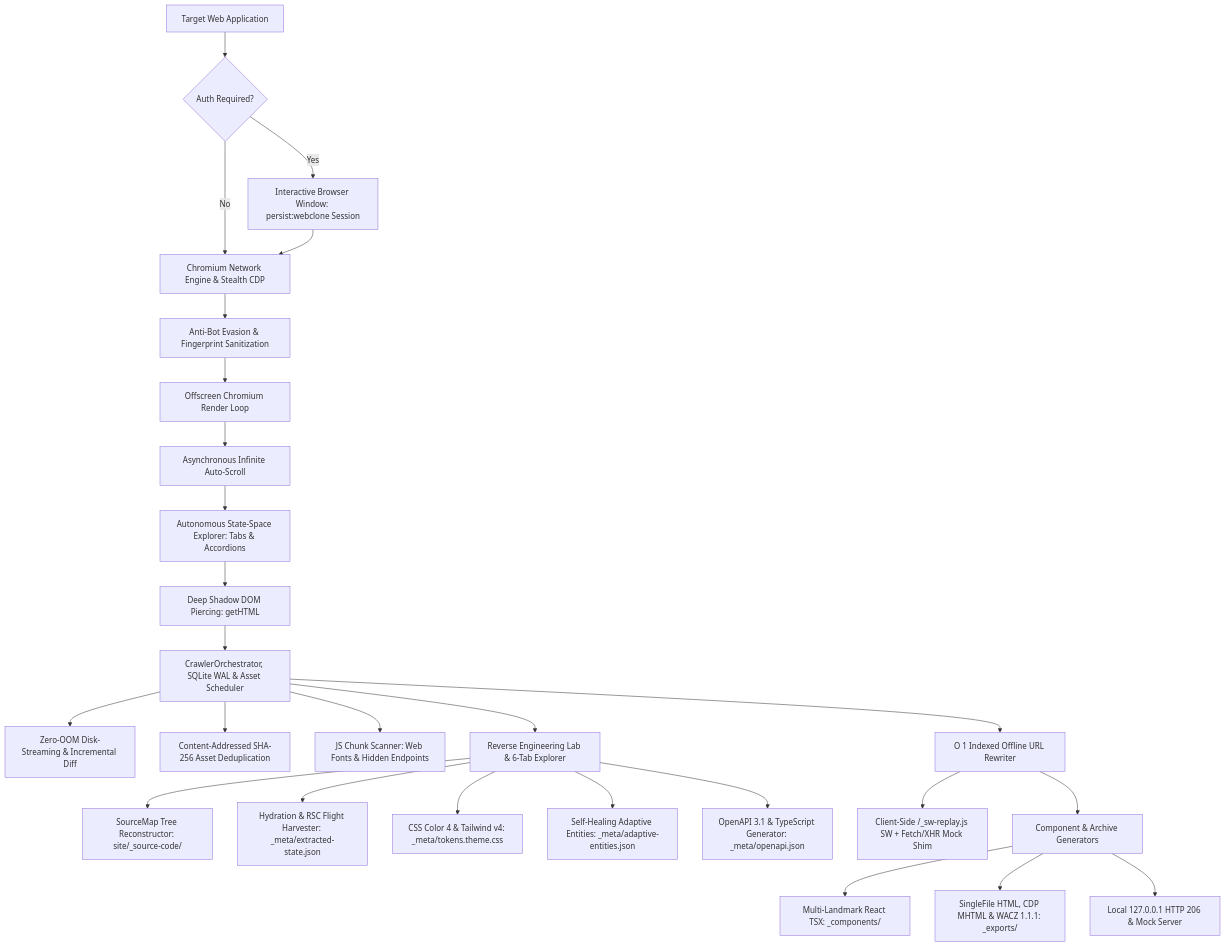
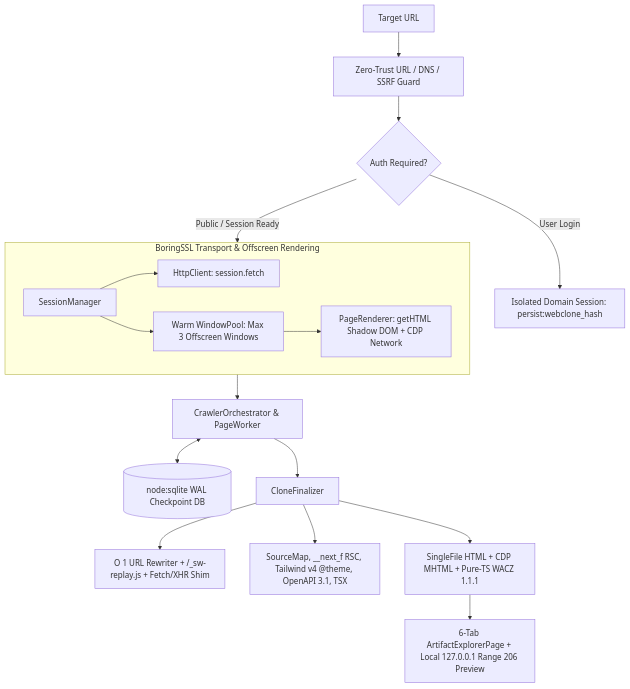
Before and after one commit to MonarchDevLab/WebClone-Studio: the first of 2 diagrams in README.md, drawn with Mermaid. The commit also changed other lines of this file and 13 other files, not shown here.

````diff
--- a/README.md
+++ b/README.md
@@ -83,34 +65,23 @@
 ```mermaid
 flowchart TD
-    Target[Target Web Application] --> AuthCheck{Auth Required?}
-    AuthCheck -- Yes --> AuthSession[Interactive Browser Window: persist:webclone Session]
-    AuthCheck -- No --> Network[Chromium Network Engine & Stealth CDP]
-    AuthSession --> Network
+    Target[Target URL] --> UrlGuard[Zero-Trust URL / DNS / SSRF Guard]
+    UrlGuard --> AuthCheck{Auth Required?}
+    AuthCheck -- User Login --> AuthWin[Isolated Domain Session: persist:webclone_hash]
+    AuthCheck -- Public / Session Ready --> Transport
 
-    Network --> Evasion[Anti-Bot Evasion & Fingerprint Sanitization]
-    Evasion --> Render[Offscreen Chromium Render Loop]
-    Render --> Scroll[Asynchronous Infinite Auto-Scroll]
-    Scroll --> StateExplorer[Autonomous State-Space Explorer: Tabs & Accordions]
-    StateExplorer --> ShadowDOM[Deep Shadow DOM Piercing: getHTML]
-    
-    ShadowDOM --> CoreEngine[CrawlerOrchestrator, SQLite WAL & Asset Scheduler]
-    
-    CoreEngine --> DiskStream[Zero-OOM Disk-Streaming & Incremental Diff]
-    CoreEngine --> Dedup[Content-Addressed SHA-256 Asset Deduplication]
-    CoreEngine --> ObfuscationBypass[JS Chunk Scanner: Web Fonts & Hidden Endpoints]
-    
-    CoreEngine --> ReverseLab[Reverse Engineering Lab & 6-Tab Explorer]
-    ReverseLab --> SourceMap[SourceMap Tree Reconstructor: site/_source-code/]
-    ReverseLab --> Hydration[Hydration & RSC Flight Harvester: _meta/extracted-state.json]
-    ReverseLab --> Tokens[CSS Color 4 & Tailwind v4: _meta/tokens.theme.css]
-    ReverseLab --> AdaptiveEntities[Self-Healing Adaptive Entities: _meta/adaptive-entities.json]
-    ReverseLab --> ApiSpec[OpenAPI 3.1 & TypeScript Generator: _meta/openapi.json]
-    
-    CoreEngine --> Rewriter[O 1 Indexed Offline URL Rewriter]
-    Rewriter --> FetchShim[Client-Side /_sw-replay.js SW + Fetch/XHR Mock Shim]
-    
-    Rewriter --> CodeGen[Component & Archive Generators]
-    CodeGen --> ReactExport[Multi-Landmark React TSX: _components/]
-    CodeGen --> SingleFile[SingleFile HTML, CDP MHTML & WACZ 1.1.1: _exports/]
-    CodeGen --> Preview[Local 127.0.0.1 HTTP 206 & Mock Server]
+    subgraph Transport["BoringSSL Transport & Offscreen Rendering"]
+      SessionMgr[SessionManager] --> HttpClient[HttpClient: session.fetch]
+      SessionMgr --> WindowPool[Warm WindowPool: Max 3 Offscreen Windows]
+      WindowPool --> PageRenderer[PageRenderer: getHTML Shadow DOM + CDP Network]
+    end
+
+    Transport --> Orchestrator[CrawlerOrchestrator & PageWorker]
+    Orchestrator <--> SQLite[(node:sqlite WAL Checkpoint DB)]
+    Orchestrator --> Finalizer[CloneFinalizer]
+
+    Finalizer --> Rewriter[O 1 URL Rewriter + /_sw-replay.js + Fetch/XHR Shim]
+    Finalizer --> RevEng[SourceMap, __next_f RSC, Tailwind v4 @theme, OpenAPI 3.1, TSX]
+    Finalizer --> Exports[SingleFile HTML + CDP MHTML + Pure-TS WACZ 1.1.1]
+
+    Exports --> Explorer[6-Tab ArtifactExplorerPage + Local 127.0.0.1 Range 206 Preview]
 ```
````
